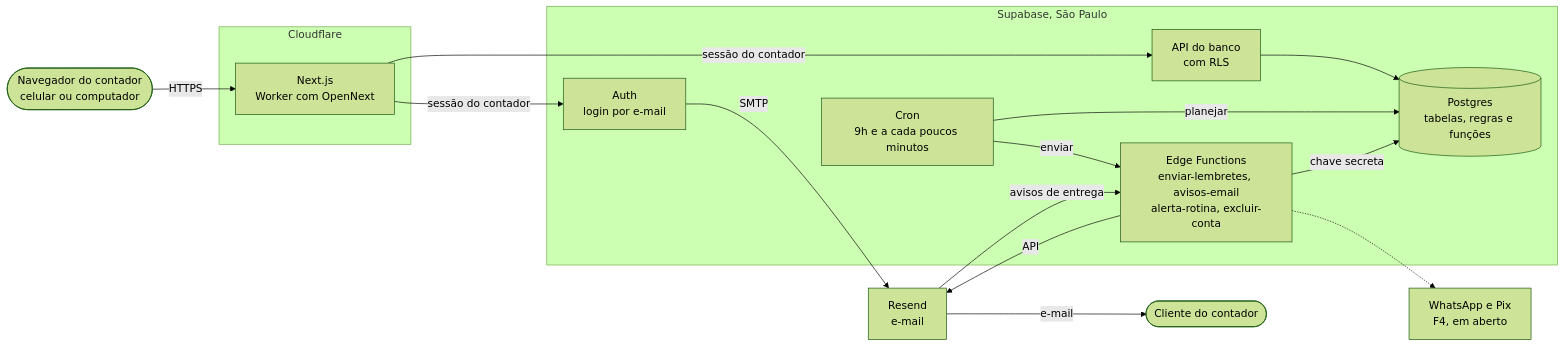
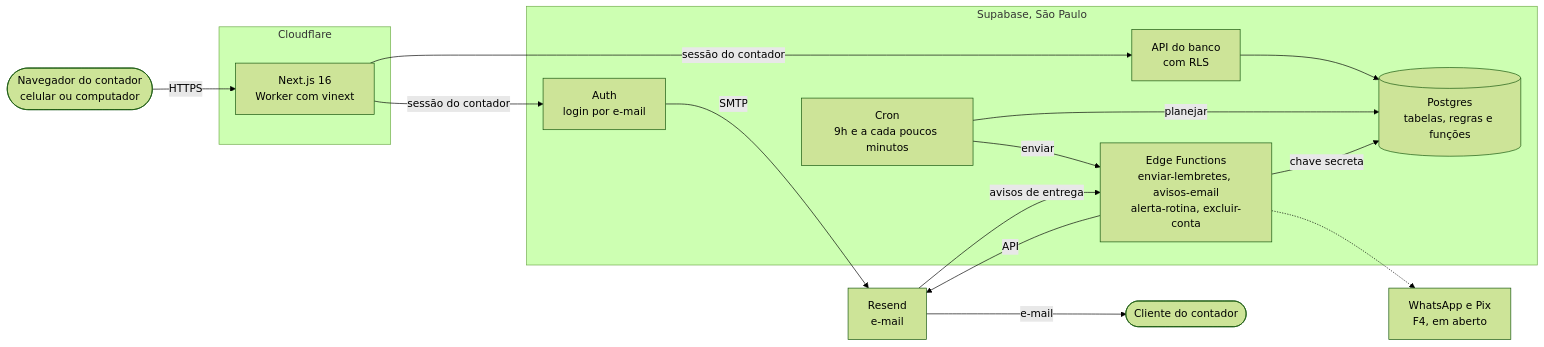
The first of 4 diagrams in docs/Arquitetura.md (77mdias/neximob), drawn with Mermaid (forest theme) before and after one commit. The commit also changed other lines of this file and 22 other files, not shown here.

````diff
--- a/docs/Arquitetura.md
+++ b/docs/Arquitetura.md
@@ -42,33 +42,33 @@
 ```mermaid
 flowchart LR
     NAV(["Navegador do contador<br/>celular ou computador"])
     CLI(["Cliente do contador"])
 
     subgraph CF["Cloudflare"]
-        WEB["Next.js<br/>Worker com OpenNext"]
+        WEB["Next.js 16<br/>Worker com vinext"]
     end
 
     subgraph SB["Supabase, São Paulo"]
         AUTH["Auth<br/>login por e-mail"]
         API["API do banco<br/>com RLS"]
         DB[("Postgres<br/>tabelas, regras e funções")]
         CRON["Cron<br/>9h e a cada poucos minutos"]
         EF["Edge Functions<br/>enviar-lembretes, avisos-email<br/>alerta-rotina, excluir-conta"]
     end
 
     RES["Resend<br/>e-mail"]
     FUT["WhatsApp e Pix<br/>F4, em aberto"]
 
     NAV -- "HTTPS" --> WEB
     WEB -- "sessão do contador" --> AUTH
     WEB -- "sessão do contador" --> API
     API --> DB
     CRON -- "planejar" --> DB
     CRON -- "enviar" --> EF
     EF -- "chave secreta" --> DB
     EF -- "API" --> RES
     AUTH -- "SMTP" --> RES
     RES -- "e-mail" --> CLI
     RES -- "avisos de entrega" --> EF
     EF -.-> FUT
 ```
````
